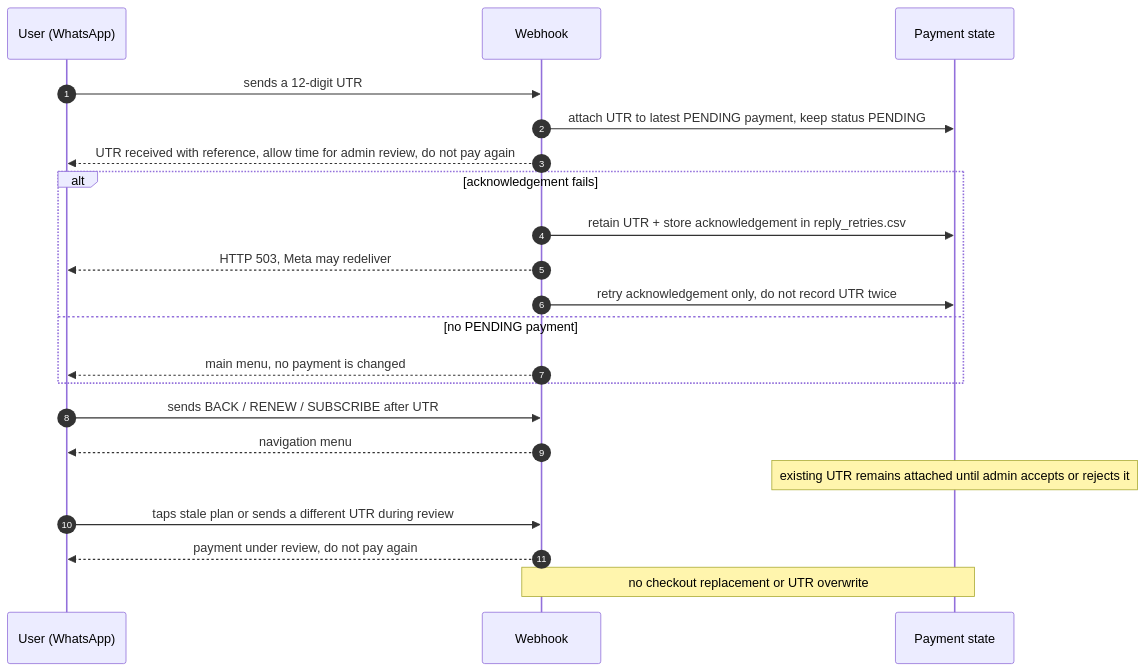
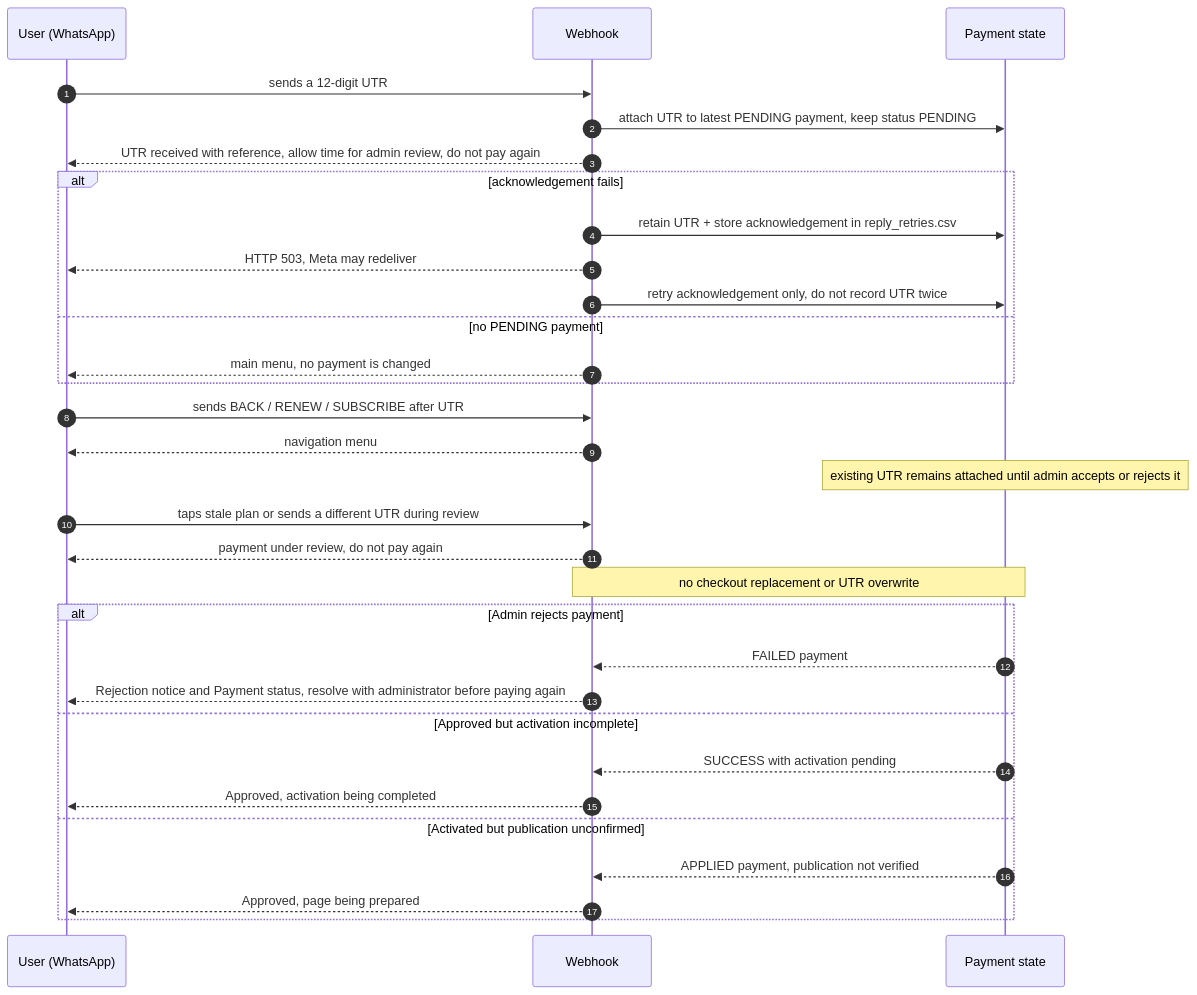
One commit to mishnit/daily-darshan changed the fifth of 10 diagrams in sequence-diagrams.md. Above: the diagram before and after it, drawn with Mermaid. The commit also changed other lines of this file and 9 other files, not shown here.

Commit message:
Simplify subscriber menus and clarify payment publication states

````diff
--- a/sequence-diagrams.md
+++ b/sequence-diagrams.md
@@ -246,25 +246,35 @@
 ```mermaid
 sequenceDiagram
     autonumber
     participant User as User (WhatsApp)
     participant Web as Webhook
     participant State as Payment state
 
     User->>Web: sends a 12-digit UTR
     Web->>State: attach UTR to latest PENDING payment, keep status PENDING
     Web-->>User: UTR received with reference, allow time for admin review, do not pay again
     alt acknowledgement fails
         Web->>State: retain UTR + store acknowledgement in reply_retries.csv
         Web-->>User: HTTP 503, Meta may redeliver
         Web->>State: retry acknowledgement only, do not record UTR twice
     else no PENDING payment
         Web-->>User: main menu, no payment is changed
     end
 
     User->>Web: sends BACK / RENEW / SUBSCRIBE after UTR
     Web-->>User: navigation menu
     Note over State: existing UTR remains attached until admin accepts or rejects it
     User->>Web: taps stale plan or sends a different UTR during review
     Web-->>User: payment under review, do not pay again
     Note over Web,State: no checkout replacement or UTR overwrite
+    alt Admin rejects payment
+        State-->>Web: FAILED payment
+        Web-->>User: Rejection notice and Payment status, resolve with administrator before paying again
+    else Approved but activation incomplete
+        State-->>Web: SUCCESS with activation pending
+        Web-->>User: Approved, activation being completed
+    else Activated but publication unconfirmed
+        State-->>Web: APPLIED payment, publication not verified
+        Web-->>User: Approved, page being prepared
+    end
 ```
````
